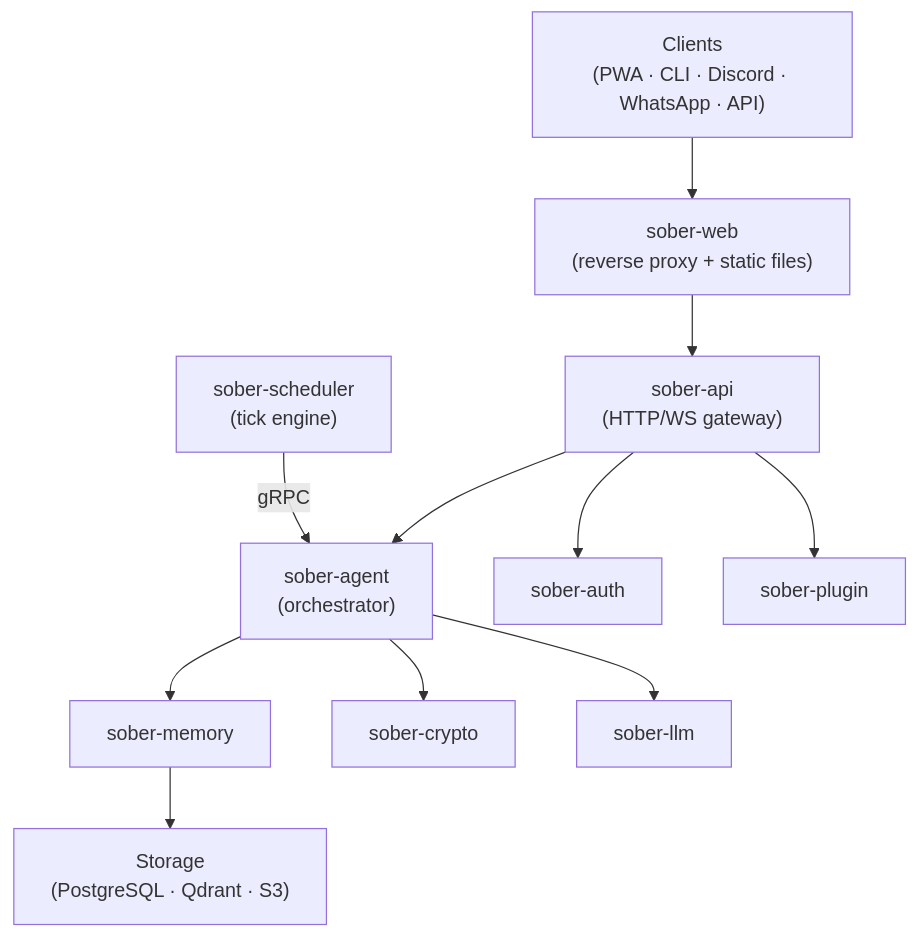
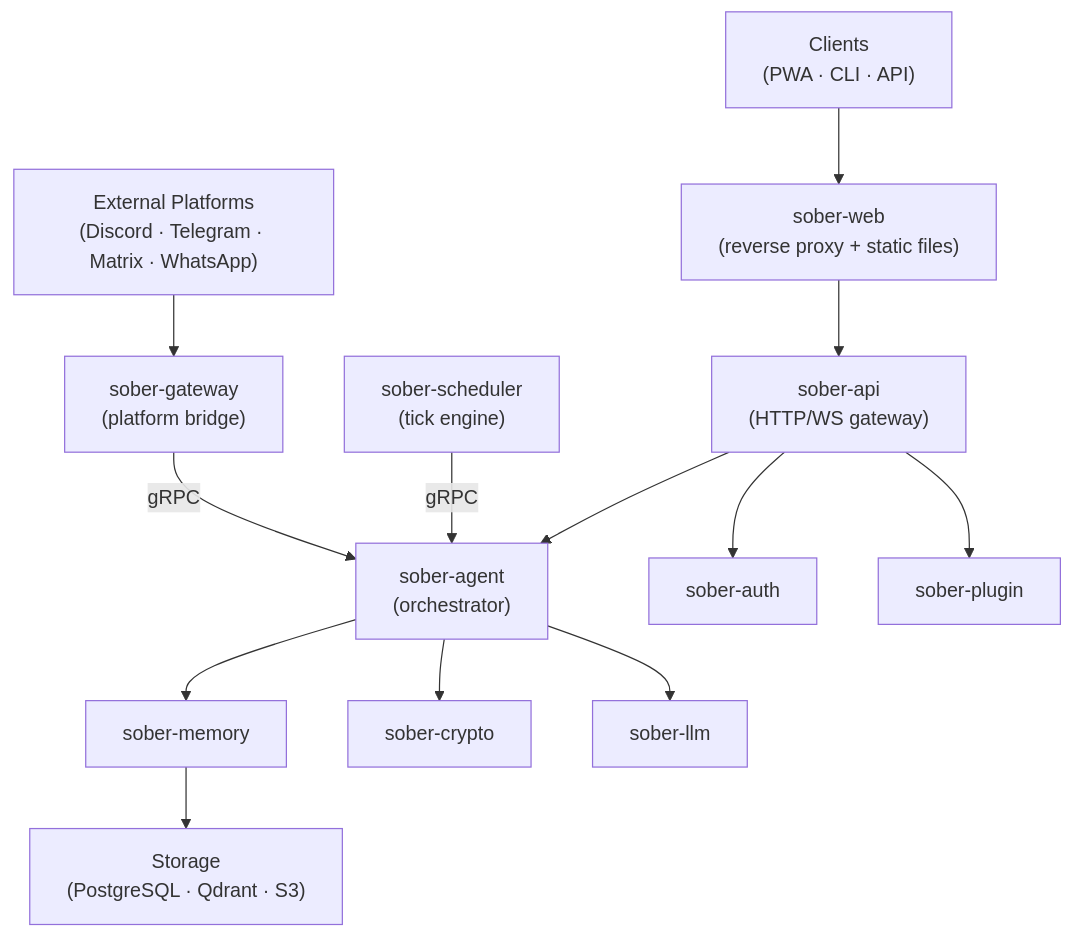
One commit to sober-io/sober changed the diagram in README.md. Above: the diagram before and after it, drawn with Mermaid.

Commit message:
docs(readme): add sober-gateway to architecture diagram

````diff
--- a/README.md
+++ b/README.md
@@ -93,25 +93,29 @@
 ```mermaid
 flowchart TD
-    Clients["Clients\n(PWA · CLI · Discord · WhatsApp · API)"]
+    Clients["Clients\n(PWA · CLI · API)"]
+    Platforms["External Platforms\n(Discord · Telegram · Matrix · WhatsApp)"]
     Web["sober-web\n(reverse proxy + static files)"]
     API["sober-api\n(HTTP/WS gateway)"]
     Agent["sober-agent\n(orchestrator)"]
     Auth["sober-auth"]
     Plugin["sober-plugin"]
     Scheduler["sober-scheduler\n(tick engine)"]
+    Gateway["sober-gateway\n(platform bridge)"]
     Memory["sober-memory"]
     Crypto["sober-crypto"]
     LLM["sober-llm"]
     Storage["Storage\n(PostgreSQL · Qdrant · S3)"]
 
     Clients --> Web
     Web --> API
     API --> Agent
     API --> Auth
     API --> Plugin
     Scheduler -->|gRPC| Agent
+    Gateway -->|gRPC| Agent
+    Platforms --> Gateway
     Agent --> Memory
     Agent --> Crypto
     Agent --> LLM
     Memory --> Storage
 ```
````
